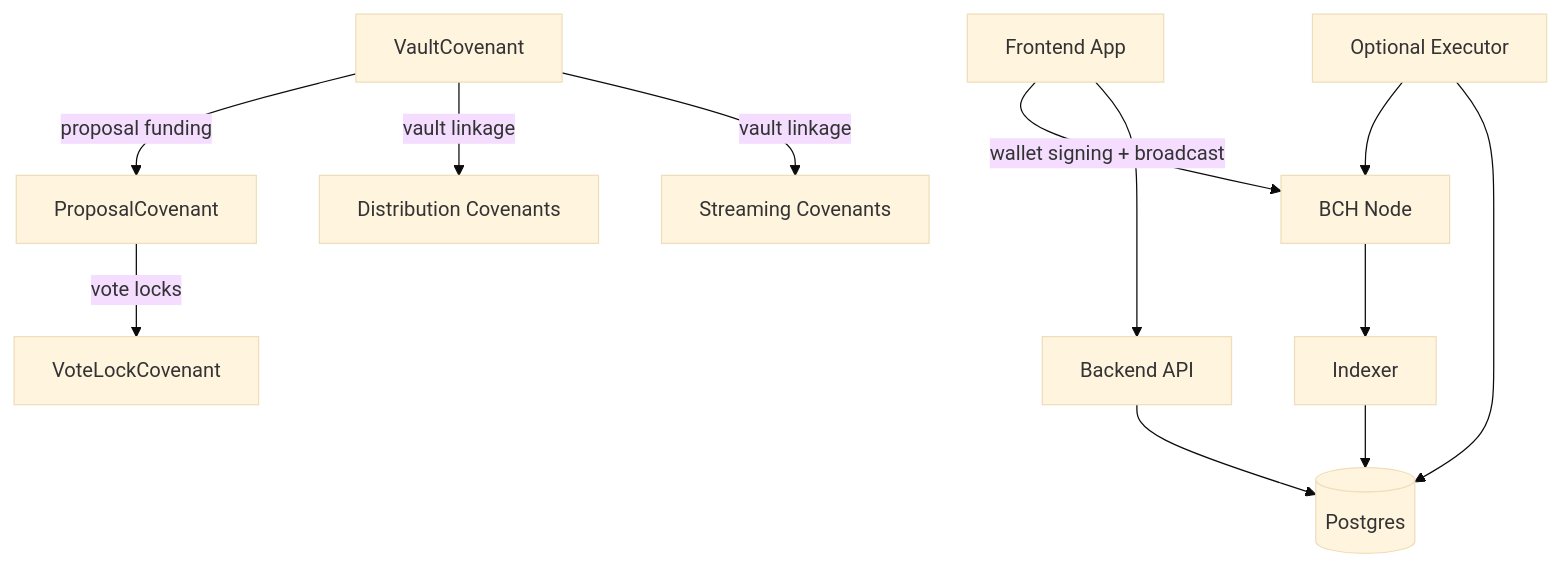
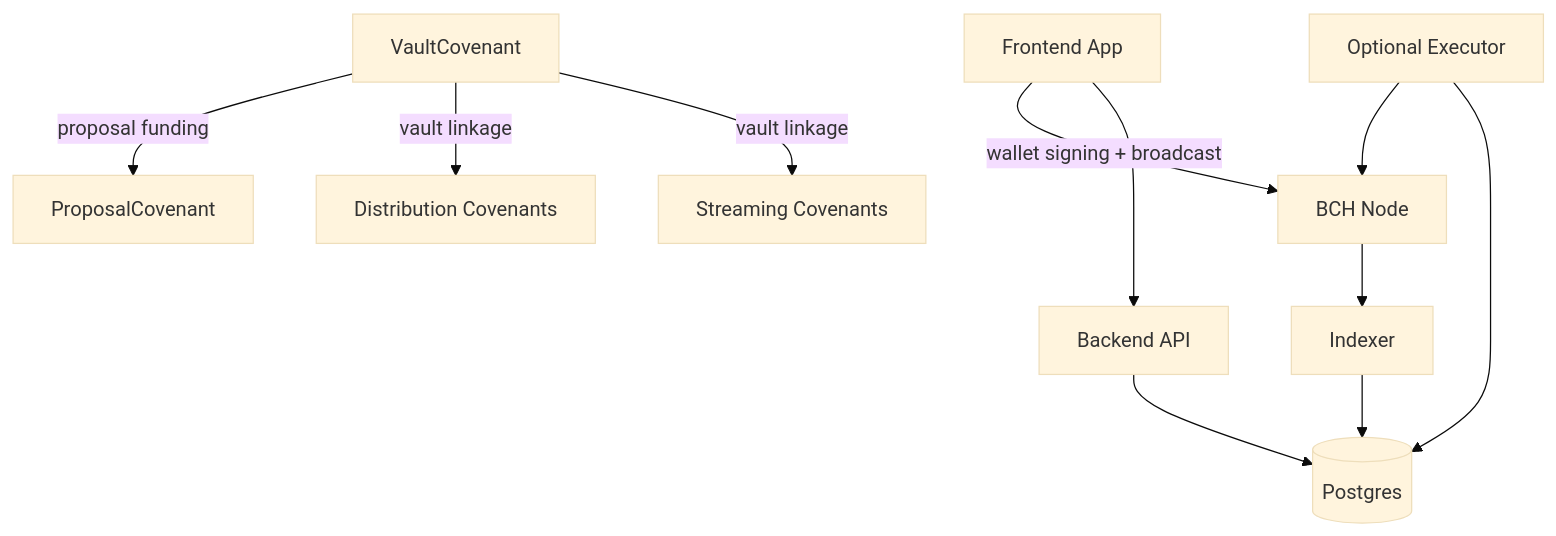
The first of 3 diagrams in docs/reference/architecture.mdx (winsznx/flow-guard), drawn with Mermaid (base theme) before and after one commit. The commit also changed other lines of this file and 49 other files, not shown here.

````diff
--- a/docs/reference/architecture.mdx
+++ b/docs/reference/architecture.mdx
@@ -15,26 +15,24 @@
 ```mermaid
 flowchart TD
     BCH["BCH Node"] --> IDX
     IDX --> DB
     EXE --> DB
     EXE --> BCH
     API --> DB
     APP --> API
     APP -->|wallet signing + broadcast| BCH
 
     VC -->|vault linkage| STREAMS
     VC -->|vault linkage| DIST
     VC -->|proposal funding| PC
-    PC -->|vote locks| VLC
 
     VC["VaultCovenant"]
     PC["ProposalCovenant"]
-    VLC["VoteLockCovenant"]
     STREAMS["Streaming Covenants"]
     DIST["Distribution Covenants"]
     IDX["Indexer"]
     DB[("Postgres")]
     API["Backend API"]
     EXE["Optional Executor"]
     APP["Frontend App"]
 ```
````
